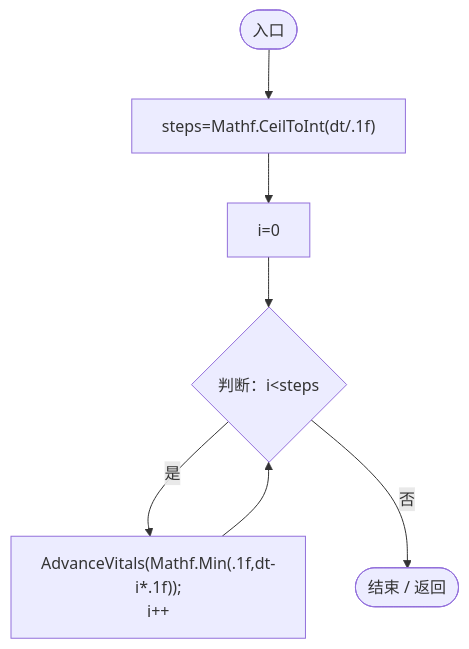
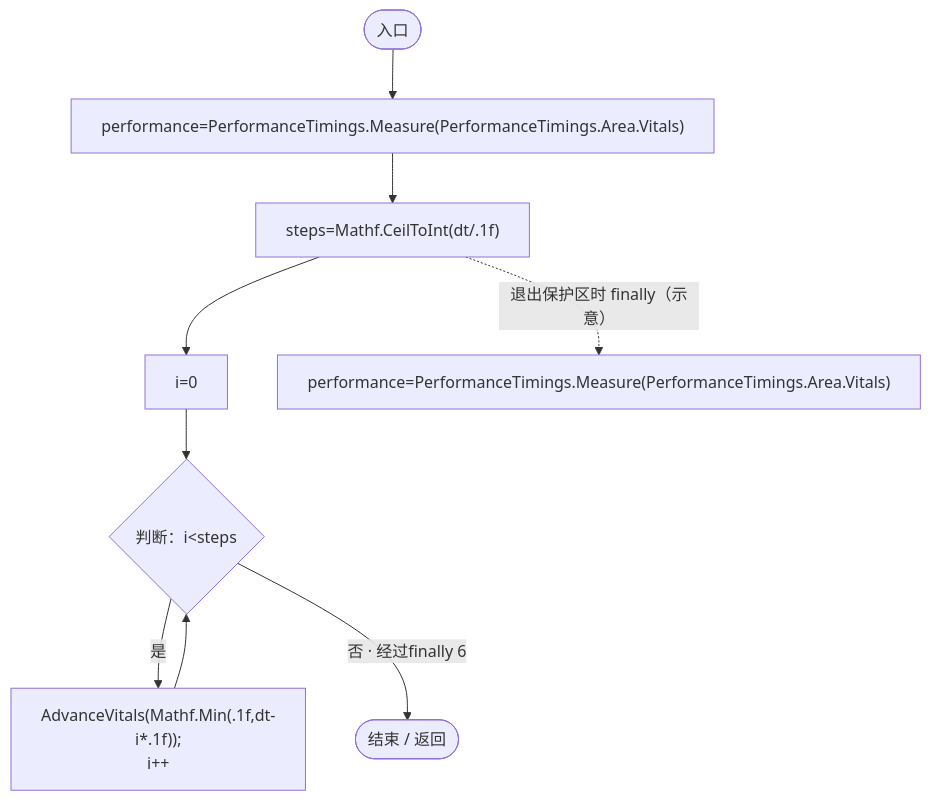
Before and after one commit to xhs6666/Darwin_paradise: the third of 4 diagrams in Docs/运行流程图/脚本/7f68ee05c2ac84bc.md, drawn with Mermaid. The commit also changed other lines of this file and 184 other files, not shown here.

````diff
--- a/Docs/运行流程图/脚本/7f68ee05c2ac84bc.md
+++ b/Docs/运行流程图/脚本/7f68ee05c2ac84bc.md
@@ -115,16 +115,20 @@
 ```mermaid
 flowchart TD
   b0(["入口"])
-  b1["steps=Mathf.CeilToInt(dt/.1f)"]
-  b2["i=0"]
-  b3{"判断：i&lt;steps"}
-  b4["AdvanceVitals(Mathf.Min(.1f,dt-i*.1f));<br/>i++"]
-  b5(["结束 / 返回"])
+  b1["performance=PerformanceTimings.Measure(PerformanceTimings.Area.Vitals)"]
+  b2["steps=Mathf.CeilToInt(dt/.1f)"]
+  b3["i=0"]
+  b4{"判断：i&lt;steps"}
+  b5["AdvanceVitals(Mathf.Min(.1f,dt-i*.1f));<br/>i++"]
+  b6["performance=PerformanceTimings.Measure(PerformanceTimings.Area.Vitals)"]
+  b7(["结束 / 返回"])
   b0 --> b1
   b1 --> b2
   b2 --> b3
-  b3 -->|"是"| b4
-  b3 -->|"否"| b5
-  b4 --> b3
+  b3 --> b4
+  b4 -->|"是"| b5
+  b4 -->|"否 · 经过finally 6"| b7
+  b5 --> b4
+  b2 -. "退出保护区时 finally（示意）" .-> b6
 
 ```
````
